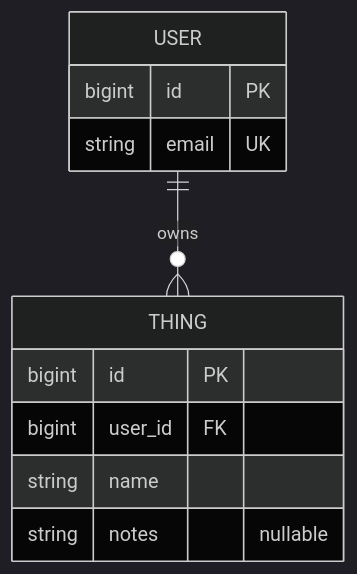
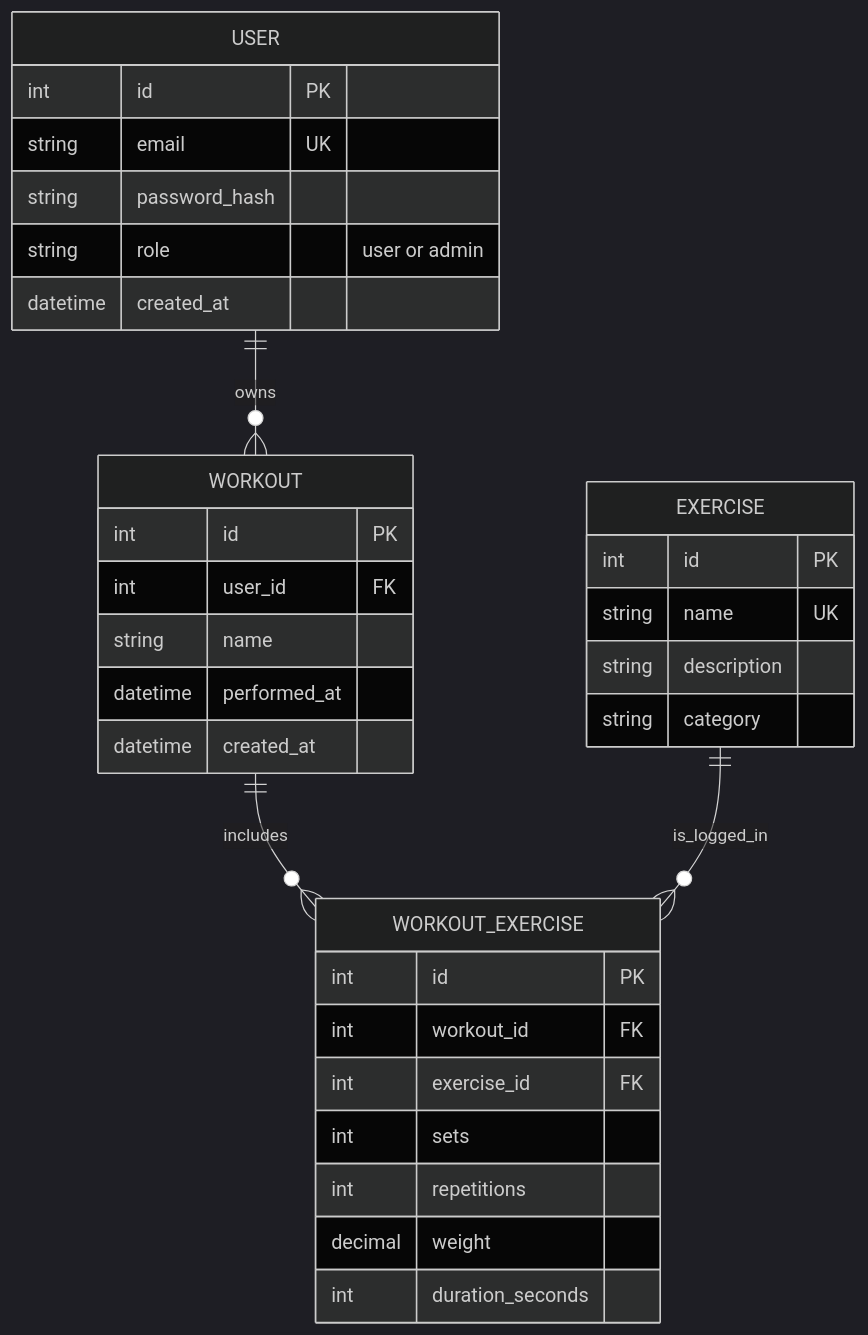
The diagram in docs/proposal.md (MaldonadoJack/CST438-Project2-API), drawn with Mermaid (dark theme) before and after one commit.

Commit message:
"Created the ER mermaid diagram"

````diff
--- a/docs/proposal.md
+++ b/docs/proposal.md
@@ -16,14 +16,39 @@
 ```mermaid
 erDiagram
-    USER ||--o{ THING : owns
+    USER ||--o{ WORKOUT : owns
+    WORKOUT ||--o{ WORKOUT_EXERCISE : includes
+    EXERCISE ||--o{ WORKOUT_EXERCISE : is_logged_in
+
     USER {
-        bigint id PK
+        int id PK
         string email UK
+        string password_hash
+        string role "user or admin"
+        datetime created_at
     }
-    THING {
-        bigint id PK
-        bigint user_id FK
+
+    WORKOUT {
+        int id PK
+        int user_id FK
         string name
-        string notes "nullable"
+        datetime performed_at
+        datetime created_at
+    }
+
+    EXERCISE {
+        int id PK
+        string name UK
+        string description
+        string category
+    }
+
+    WORKOUT_EXERCISE {
+        int id PK
+        int workout_id FK
+        int exercise_id FK
+        int sets
+        int repetitions
+        decimal weight
+        int duration_seconds
     }
 ```
````
